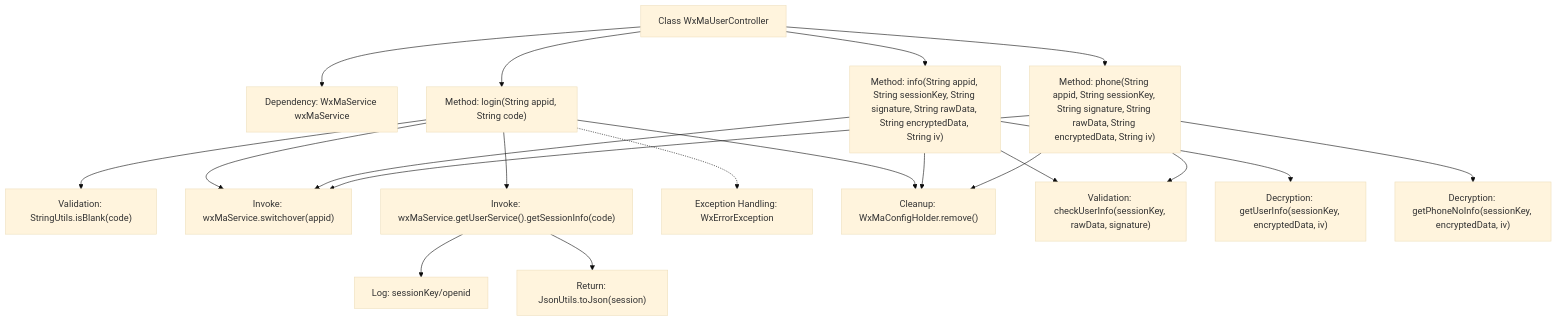
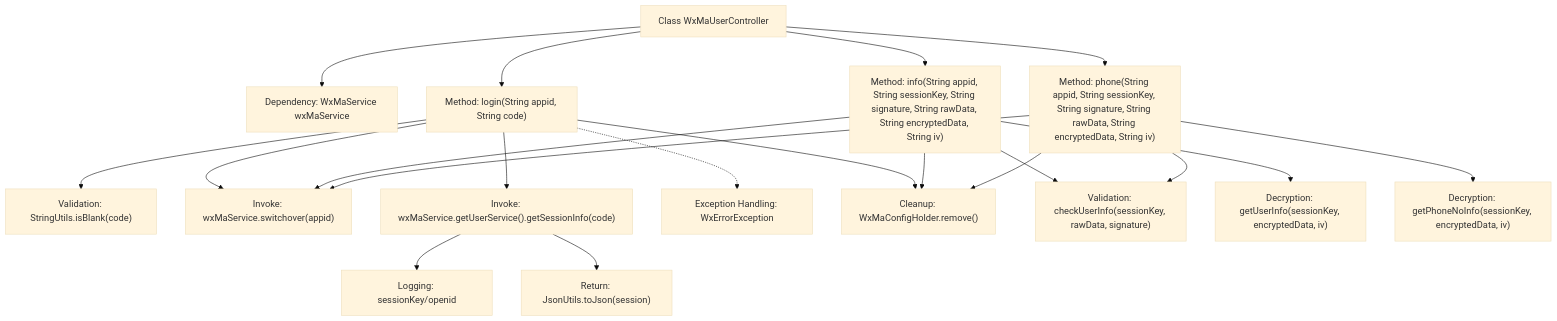
One commit to v-wjrong/rongwj666_weixin-java-miniapp-demo changed the second of 2 diagrams in docs/en/docs/src/main/java/com/github/binarywang/demo/wx/miniapp/controller/WxMaUserController.md. Above: the diagram before and after it, drawn with Mermaid (base theme). The commit also changed other lines of this file and 37 other files, not shown here.

````diff
--- a/docs/en/docs/src/main/java/com/github/binarywang/demo/wx/miniapp/controller/WxMaUserController.md
+++ b/docs/en/docs/src/main/java/com/github/binarywang/demo/wx/miniapp/controller/WxMaUserController.md
@@ -93,38 +93,38 @@
 ```mermaid
 graph TD
     A["Class WxMaUserController"]
     B["Dependency: WxMaService wxMaService"]
     C["Method: login(String appid, String code)"]
     D["Method: info(String appid, String sessionKey, String signature, String rawData, String encryptedData, String iv)"]
     E["Method: phone(String appid, String sessionKey, String signature, String rawData, String encryptedData, String iv)"]
     F["Validation: StringUtils.isBlank(code)"]
     G["Invoke: wxMaService.switchover(appid)"]
     H["Invoke: wxMaService.getUserService().getSessionInfo(code)"]
-    I["Log: sessionKey/openid"]
+    I["Logging: sessionKey/openid"]
     J["Return: JsonUtils.toJson(session)"]
     K["Exception Handling: WxErrorException"]
     L["Cleanup: WxMaConfigHolder.remove()"]
     M["Validation: checkUserInfo(sessionKey, rawData, signature)"]
     N["Decryption: getUserInfo(sessionKey, encryptedData, iv)"]
     O["Decryption: getPhoneNoInfo(sessionKey, encryptedData, iv)"]
 
     A --> B
     A --> C
     A --> D
     A --> E
     C --> F
     C --> G
     C --> H
     H --> I
     H --> J
     C -.-> K
     C --> L
     D --> G
     D --> M
     D --> N
     D --> L
     E --> G
     E --> M
     E --> O
     E --> L
 ```
````
